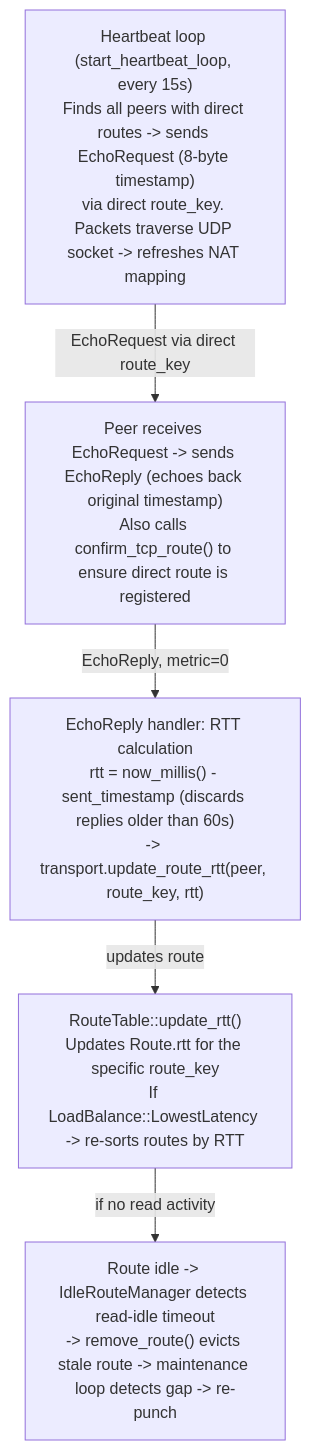
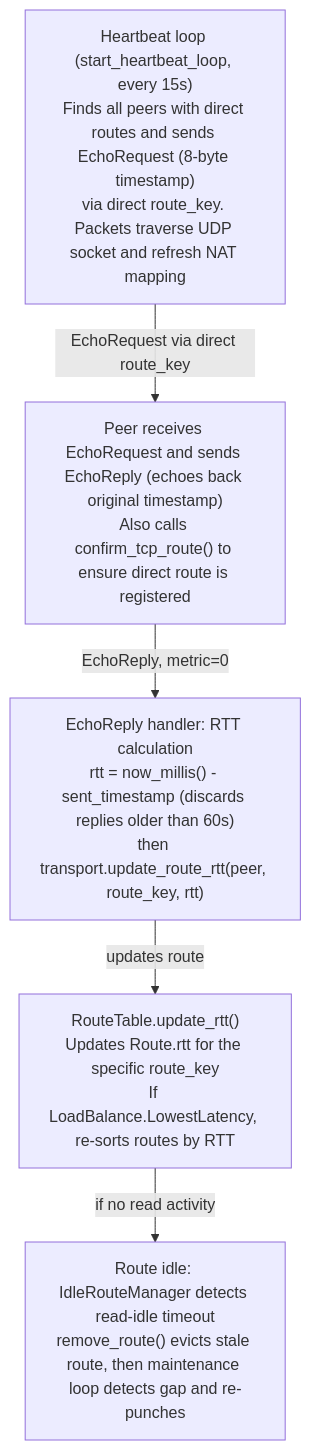
Before and after one commit to rustp2p/rustp2p: diagram 21 of 27 in docs/nat-punch-principles.md, drawn with Mermaid. The commit also changed other lines of this file, not shown here.

First line of the commit message:
docs: 修正 nat-punch-principles 中 Mermaid 连线语法渲染错误 (#24)

````diff
--- a/docs/nat-punch-principles.md
+++ b/docs/nat-punch-principles.md
@@ -662,12 +662,12 @@
 ```mermaid
 flowchart TD
-    HB["Heartbeat loop (start_heartbeat_loop, every 15s)<br/>Finds all peers with direct routes -> sends EchoRequest (8-byte timestamp)<br/>via direct route_key. Packets traverse UDP socket -> refreshes NAT mapping"]
+    HB["Heartbeat loop (start_heartbeat_loop, every 15s)<br/>Finds all peers with direct routes and sends EchoRequest (8-byte timestamp)<br/>via direct route_key. Packets traverse UDP socket and refresh NAT mapping"]
     HB -->|EchoRequest via direct route_key| PEER
-    PEER["Peer receives EchoRequest -> sends EchoReply (echoes back original timestamp)<br/>Also calls confirm_tcp_route() to ensure direct route is registered"]
+    PEER["Peer receives EchoRequest and sends EchoReply (echoes back original timestamp)<br/>Also calls confirm_tcp_route() to ensure direct route is registered"]
     PEER -->|EchoReply, metric=0| RTT
-    RTT["EchoReply handler: RTT calculation<br/>rtt = now_millis() - sent_timestamp (discards replies older than 60s)<br/>-> transport.update_route_rtt(peer, route_key, rtt)"]
+    RTT["EchoReply handler: RTT calculation<br/>rtt = now_millis() - sent_timestamp (discards replies older than 60s)<br/>then transport.update_route_rtt(peer, route_key, rtt)"]
     RTT -->|updates route| TBL
-    TBL["RouteTable::update_rtt()<br/>Updates Route.rtt for the specific route_key<br/>If LoadBalance::LowestLatency -> re-sorts routes by RTT"]
+    TBL["RouteTable.update_rtt()<br/>Updates Route.rtt for the specific route_key<br/>If LoadBalance.LowestLatency, re-sorts routes by RTT"]
     TBL -->|if no read activity| IDLE
-    IDLE["Route idle -> IdleRouteManager detects read-idle timeout<br/>-> remove_route() evicts stale route -> maintenance loop detects gap -> re-punch"]
+    IDLE["Route idle: IdleRouteManager detects read-idle timeout<br/>remove_route() evicts stale route, then maintenance loop detects gap and re-punches"]
 ```
````
